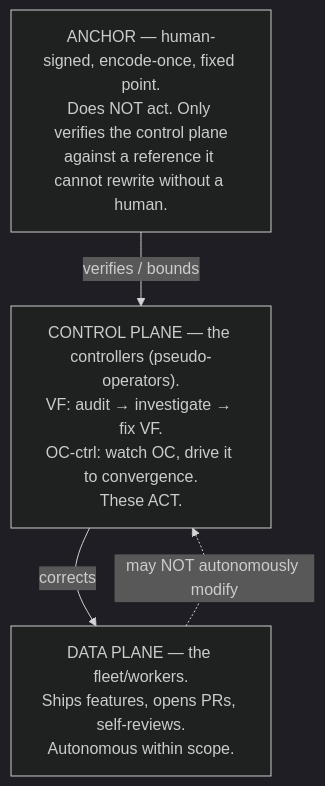
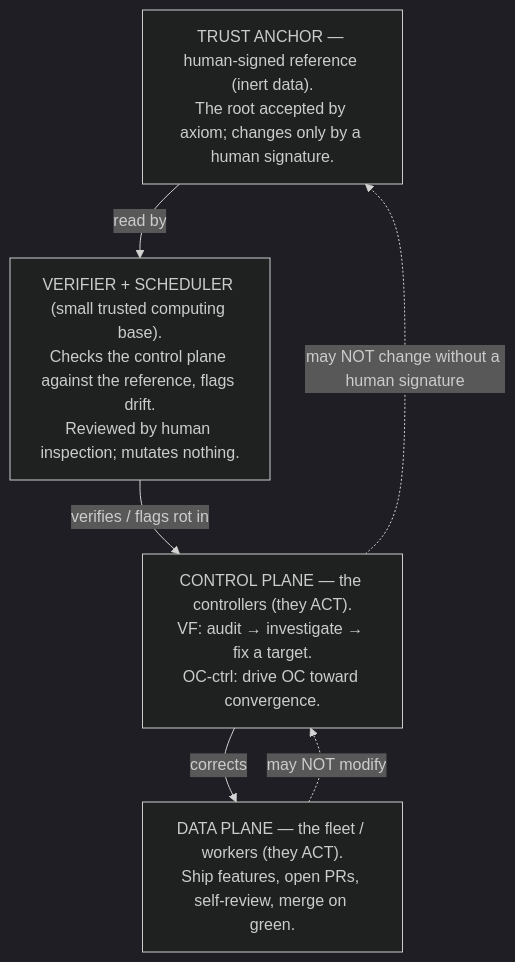
One commit to ProtocolWarden/PlatformManifest changed the diagram in docs/architecture/control_plane_and_anchor.md. Above: the diagram before and after it, drawn with Mermaid (dark theme). The commit also changed other lines of this file and 2 other files, not shown here.

First line of the commit message:
docs(architecture): adversarial refinement of control plane vs anchor

````diff
--- a/docs/architecture/control_plane_and_anchor.md
+++ b/docs/architecture/control_plane_and_anchor.md
@@ -22,10 +41,13 @@
 ```mermaid
 graph TD
-    ANCHOR["ANCHOR — human-signed, encode-once, fixed point.<br/>Does NOT act. Only verifies the control plane<br/>against a reference it cannot rewrite without a human."]
-    CP["CONTROL PLANE — the controllers (pseudo-operators).<br/>VF: audit → investigate → fix VF.<br/>OC-ctrl: watch OC, drive it to convergence.<br/>These ACT."]
-    DP["DATA PLANE — the fleet/workers.<br/>Ships features, opens PRs, self-reviews.<br/>Autonomous within scope."]
+    REF["TRUST ANCHOR — human-signed reference (inert data).<br/>The root accepted by axiom; changes only by a human signature."]
+    VER["VERIFIER + SCHEDULER (small trusted computing base).<br/>Checks the control plane against the reference, flags drift.<br/>Reviewed by human inspection; mutates nothing."]
+    CP["CONTROL PLANE — the controllers (they ACT).<br/>VF: audit → investigate → fix a target.<br/>OC-ctrl: drive OC toward convergence."]
+    DP["DATA PLANE — the fleet / workers (they ACT).<br/>Ship features, open PRs, self-review, merge on green."]
 
-    ANCHOR -->|"verifies / bounds"| CP
+    REF -->|"read by"| VER
+    VER -->|"verifies / flags rot in"| CP
     CP -->|"corrects"| DP
-    DP -.->|"may NOT autonomously modify"| CP
+    DP -.->|"may NOT modify"| CP
+    CP -.->|"may NOT change without a human signature"| REF
 ```
````
